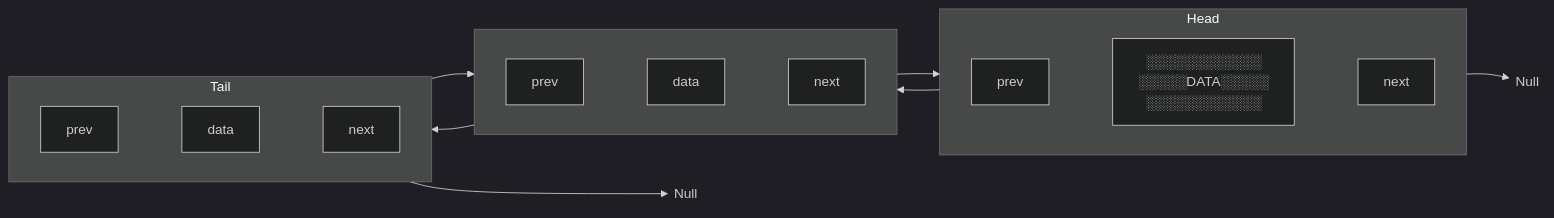
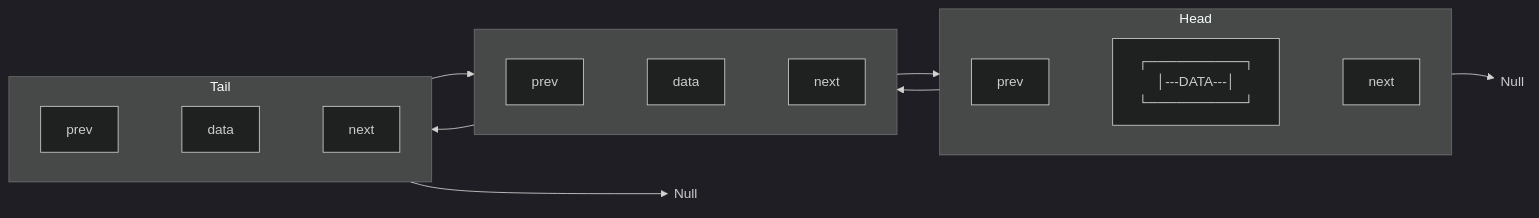
The second of 2 diagrams in README.md (ViktSh-SPb/Java-Learn), drawn with Mermaid (dark theme) before and after one commit.

Commit message:
vault backup: 2025-06-18 11:03:00

````diff
--- a/README.md
+++ b/README.md
@@ -42,27 +42,27 @@
 ```mermaid
 %%{init: {'config': {'width': '100%', 'useMaxWidth': true}}}%%
 flowchart LR
 	NodeH@{ shape: text, label: "Null" } ~~~ NodeA
     subgraph NodeA["Head"]
         direction LR
-        A_prev[prev] ~~~ A_val[░░░░░░░░░░░░
-        ░░░░░DATA░░░░░
-        ░░░░░░░░░░░░] ~~~ A_next[next]
+        A_prev[prev] ~~~ A_val[┌──────────┐
+        │---DATA---│
+        └──────────┘] ~~~ A_next[next]
     end
     subgraph NodeB[" "]
         direction LR
         B_prev[prev] ~~~ B_val[data] ~~~ B_next[next]
     end
     subgraph NodeC["Tail"]
         direction LR
         С_prev[prev] ~~~C_val[data] ~~~ C_next[next]
     end
     A_next --> NodeB
     B_next --> NodeC
     С_prev --> NodeB
     B_prev --> NodeA
     C_next --> NodeT@{ shape: text, label: "Null" }
     A_prev --> NodeH
     
 
 ```
````
